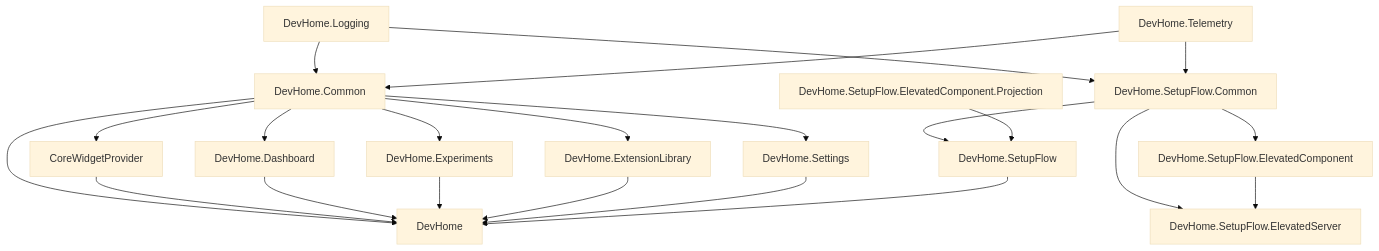
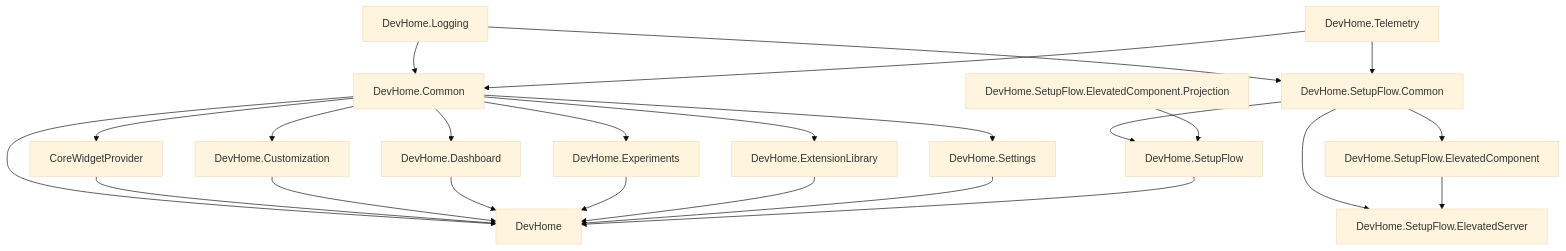
The diagram in docs/architecture.md (microsoft/devhome), drawn with Mermaid (base theme) before and after one commit.

Commit message:
Update architecture.md
Add Windows Customization to the arch diagram.

````diff
--- a/docs/architecture.md
+++ b/docs/architecture.md
@@ -14,24 +14,26 @@
 ```mermaid
 graph TD;
     DevHome.Logging-->DevHome.Common;
     DevHome.Telemetry-->DevHome.Common;
     DevHome.Common-->CoreWidgetProvider;
     DevHome.Common-->DevHome;
+    DevHome.Common-->DevHome.Customization;
     DevHome.Common-->DevHome.Dashboard;
     DevHome.Common-->DevHome.Experiments;
     DevHome.Common-->DevHome.ExtensionLibrary;
     DevHome.Common-->DevHome.Settings;
     DevHome.Logging-->DevHome.SetupFlow.Common;
     DevHome.Telemetry-->DevHome.SetupFlow.Common;
     DevHome.SetupFlow.Common-->DevHome.SetupFlow;
     DevHome.SetupFlow.Common-->DevHome.SetupFlow.ElevatedComponent;
     DevHome.SetupFlow.Common-->DevHome.SetupFlow.ElevatedServer;
     DevHome.SetupFlow.ElevatedComponent-->DevHome.SetupFlow.ElevatedServer;
     DevHome.SetupFlow.ElevatedComponent.Projection-->DevHome.SetupFlow;
     CoreWidgetProvider-->DevHome;
+    DevHome.Customization-->DevHome;
     DevHome.Dashboard-->DevHome;
     DevHome.Experiments-->DevHome;
     DevHome.ExtensionLibrary-->DevHome;
     DevHome.Settings-->DevHome;
     DevHome.SetupFlow-->DevHome;
 ```
````
